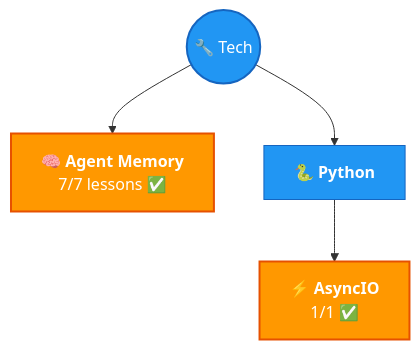
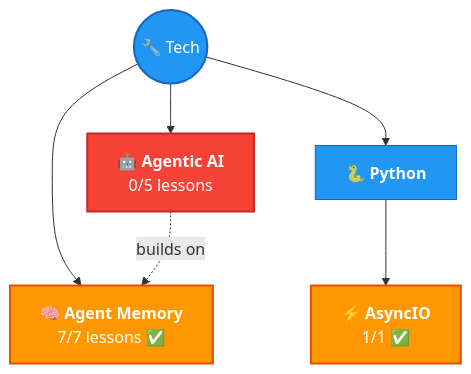
The diagram in tech/README.md (AyushSonuu/my-memory), drawn with Mermaid before and after one commit. The commit also changed other lines of this file and 30 other files, not shown here.

````diff
--- a/tech/README.md
+++ b/tech/README.md
@@ -5,12 +5,15 @@
 ```mermaid
 graph TB
     T(("🔧 Tech"))
+    T --> AG["🤖 <b>Agentic AI</b><br/>0/5 lessons"]
     T --> AM["🧠 <b>Agent Memory</b><br/>7/7 lessons ✅"]
     T --> PY["🐍 <b>Python</b>"]
     PY --> AIO["⚡ <b>AsyncIO</b><br/>1/1 ✅"]
+    AG -.->|"builds on"| AM
 
     style T fill:#2196f3,color:#fff,stroke:#1565c0,stroke-width:2px
+    style AG fill:#f44336,color:#fff,stroke:#c62828,stroke-width:2px
     style AM fill:#ff9800,color:#fff,stroke:#e65100,stroke-width:2px
     style PY fill:#2196f3,color:#fff,stroke:#1565c0
     style AIO fill:#ff9800,color:#fff,stroke:#e65100,stroke-width:2px
 ```
````
